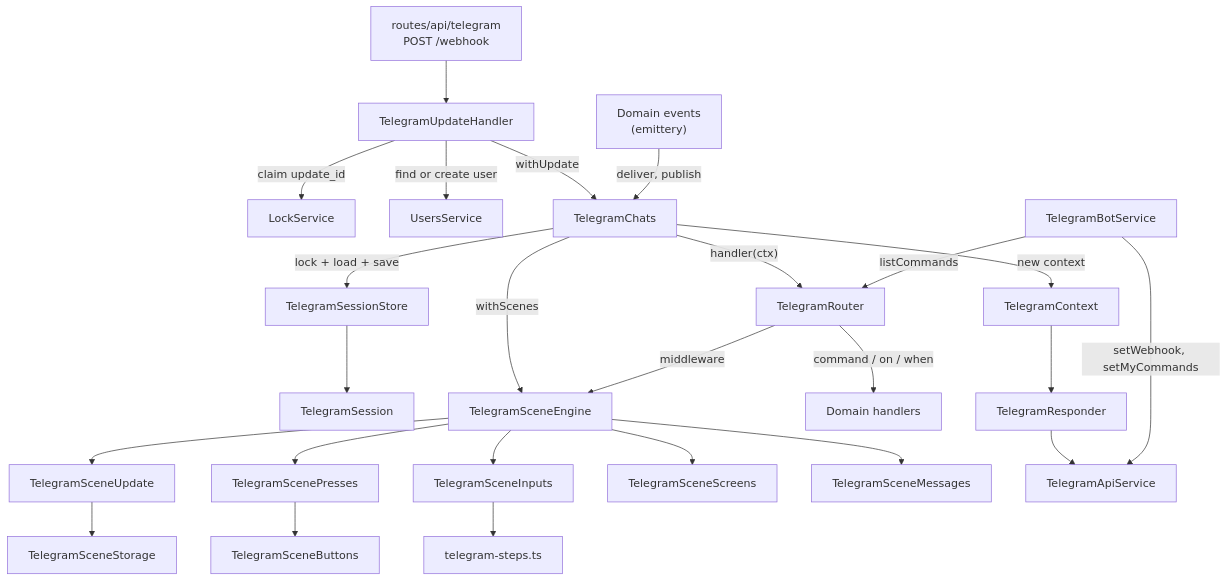
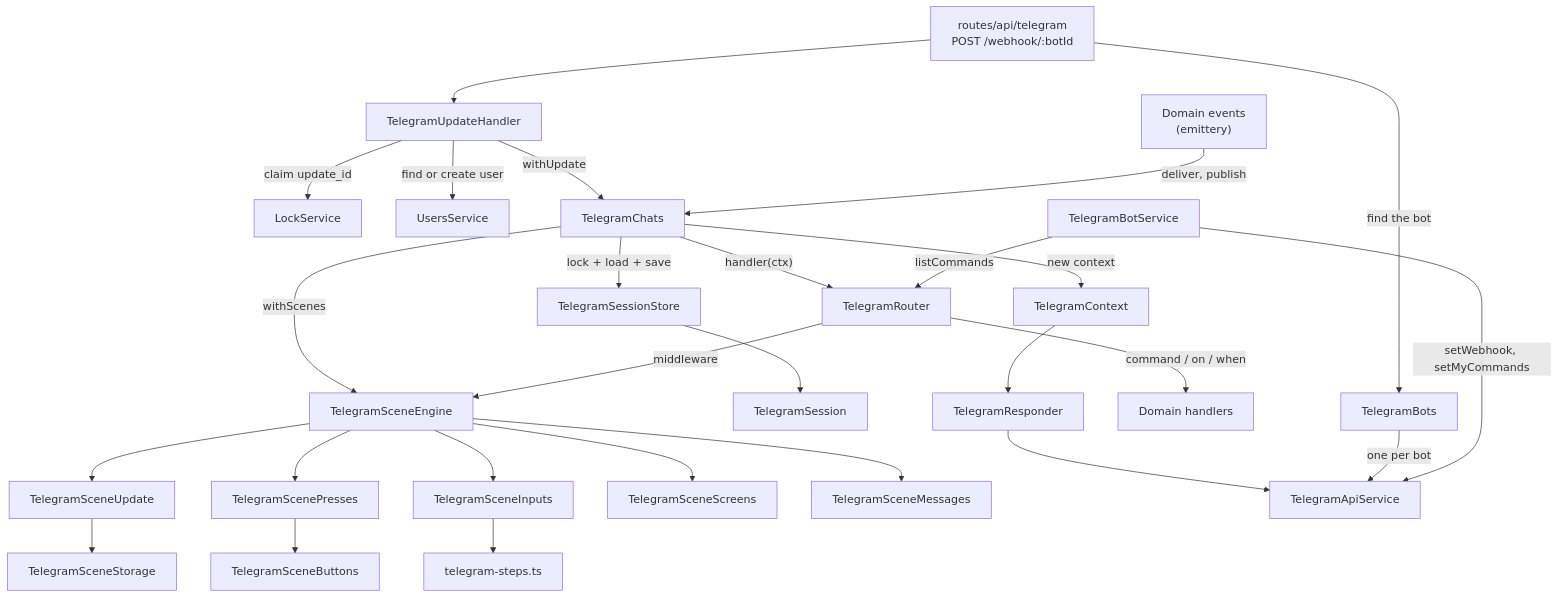
One commit to ayuvlasenko/smart-assistant changed the first of 6 diagrams in apps/server/src/plugins/app/telegram/README.md. Above: the diagram before and after it, drawn with Mermaid. The commit also changed other lines of this file and 44 other files, not shown here.

First line of the commit message:
feat: route Telegram updates and users by bot

````diff
--- a/apps/server/src/plugins/app/telegram/README.md
+++ b/apps/server/src/plugins/app/telegram/README.md
@@ -234,33 +235,35 @@
 ```mermaid
 flowchart TD
-    route["routes/api/telegram<br/>POST /webhook"] --> handler[TelegramUpdateHandler]
+    route["routes/api/telegram<br/>POST /webhook/:botId"] -->|"find the bot"| bots[TelegramBots]
+    route --> handler[TelegramUpdateHandler]
     handler -->|"claim update_id"| lock[LockService]
     handler -->|"find or create user"| users[UsersService]
     handler -->|withUpdate| chats[TelegramChats]
 
     chats -->|"lock + load + save"| sessions[TelegramSessionStore]
     sessions --> session[TelegramSession]
     chats -->|"new context"| ctx[TelegramContext]
     chats -->|withScenes| engine[TelegramSceneEngine]
     chats -->|"handler(ctx)"| router[TelegramRouter]
 
     router -->|"middleware"| engine
     router -->|"command / on / when"| domain["Domain handlers"]
 
     engine --> update[TelegramSceneUpdate]
     update --> storage[TelegramSceneStorage]
     engine --> presses[TelegramScenePresses]
     presses --> buttons[TelegramSceneButtons]
     engine --> inputs[TelegramSceneInputs]
     engine --> screens[TelegramSceneScreens]
     engine --> messages[TelegramSceneMessages]
     inputs --> steps["telegram-steps.ts"]
 
     ctx --> responder[TelegramResponder]
     responder --> api[TelegramApiService]
+    bots -->|"one per bot"| api
 
     domainEvents["Domain events<br/>(emittery)"] -->|"deliver, publish"| chats
 
     bot[TelegramBotService] -->|"setWebhook, setMyCommands"| api
     bot -->|listCommands| router
 ```
````
